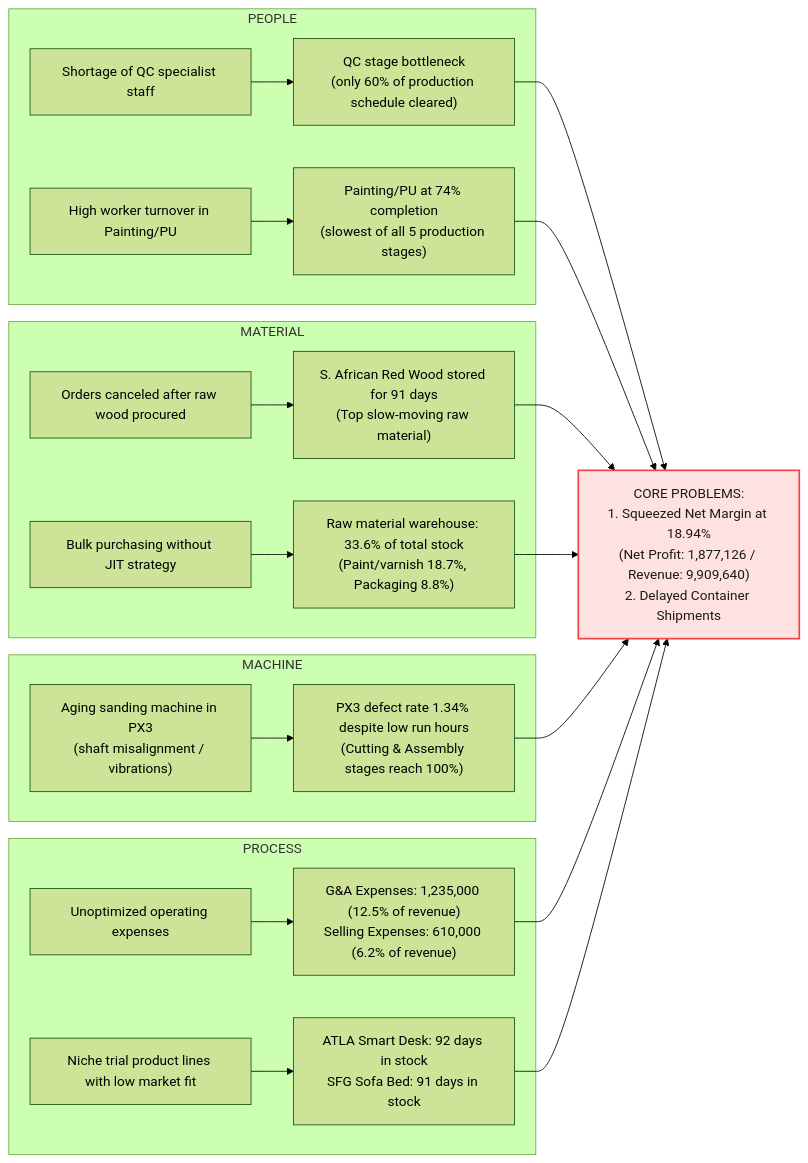
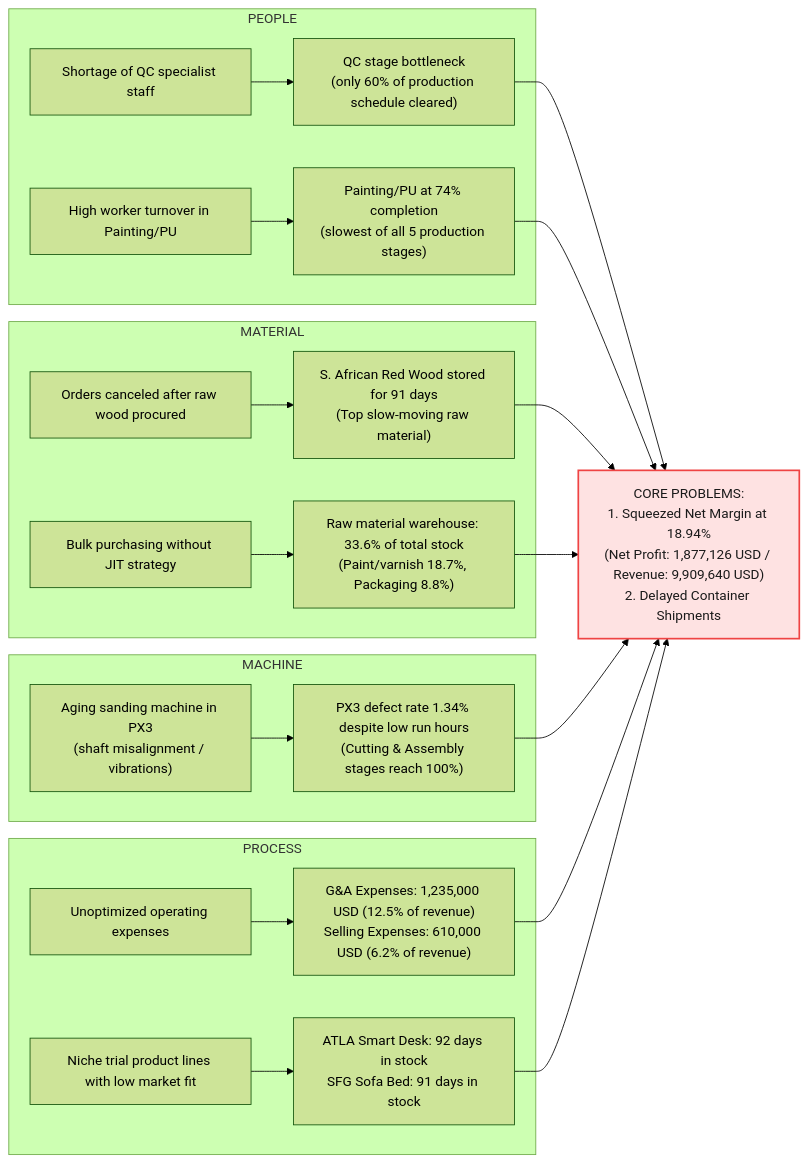
Before and after one commit to BachNguyen2kx/verp-dashboard: the first of 2 diagrams in README.md, drawn with Mermaid (forest theme). The commit also changed other lines of this file and 1 other file, not shown here.

Commit message:
docs: add explicit USD currency labels to all monetary figures in fishbone diagram and analysis

````diff
--- a/README.md
+++ b/README.md
@@ -89,33 +89,33 @@
 ```mermaid
 graph LR
     subgraph PEOPLE ["PEOPLE"]
         P1["Shortage of QC specialist staff"] --> P1_Detail["QC stage bottleneck<br>(only 60% of production schedule cleared)"]
         P2["High worker turnover in Painting/PU"] --> P2_Detail["Painting/PU at 74% completion<br>(slowest of all 5 production stages)"]
     end
 
     subgraph MATERIAL ["MATERIAL"]
         M1["Orders canceled after raw wood procured"] --> M1_Detail["S. African Red Wood stored for 91 days<br>(Top slow-moving raw material)"]
         M2["Bulk purchasing without JIT strategy"] --> M2_Detail["Raw material warehouse: 33.6% of total stock<br>(Paint/varnish 18.7%, Packaging 8.8%)"]
     end
 
     subgraph MACHINE ["MACHINE"]
         MC1["Aging sanding machine in PX3<br>(shaft misalignment / vibrations)"] --> MC1_Detail["PX3 defect rate 1.34% despite low run hours<br>(Cutting & Assembly stages reach 100%)"]
     end
 
     subgraph PROCESS ["PROCESS"]
-        PR1["Unoptimized operating expenses"] --> PR1_Detail["G&A Expenses: 1,235,000 (12.5% of revenue)<br>Selling Expenses: 610,000 (6.2% of revenue)"]
+        PR1["Unoptimized operating expenses"] --> PR1_Detail["G&A Expenses: 1,235,000 USD (12.5% of revenue)<br>Selling Expenses: 610,000 USD (6.2% of revenue)"]
         PR2["Niche trial product lines with low market fit"] --> PR2_Detail["ATLA Smart Desk: 92 days in stock<br>SFG Sofa Bed: 91 days in stock"]
     end
 
     P1_Detail --> Problem
     P2_Detail --> Problem
     M1_Detail --> Problem
     M2_Detail --> Problem
     MC1_Detail --> Problem
     PR1_Detail --> Problem
     PR2_Detail --> Problem
 
-    Problem["CORE PROBLEMS:<br>1. Squeezed Net Margin at 18.94%<br>(Net Profit: 1,877,126 / Revenue: 9,909,640)<br>2. Delayed Container Shipments"]
+    Problem["CORE PROBLEMS:<br>1. Squeezed Net Margin at 18.94%<br>(Net Profit: 1,877,126 USD / Revenue: 9,909,640 USD)<br>2. Delayed Container Shipments"]
 
     style Problem fill:#fee2e2,stroke:#ef4444,stroke-width:2px,color:#1a1a1a;
 ```
````
